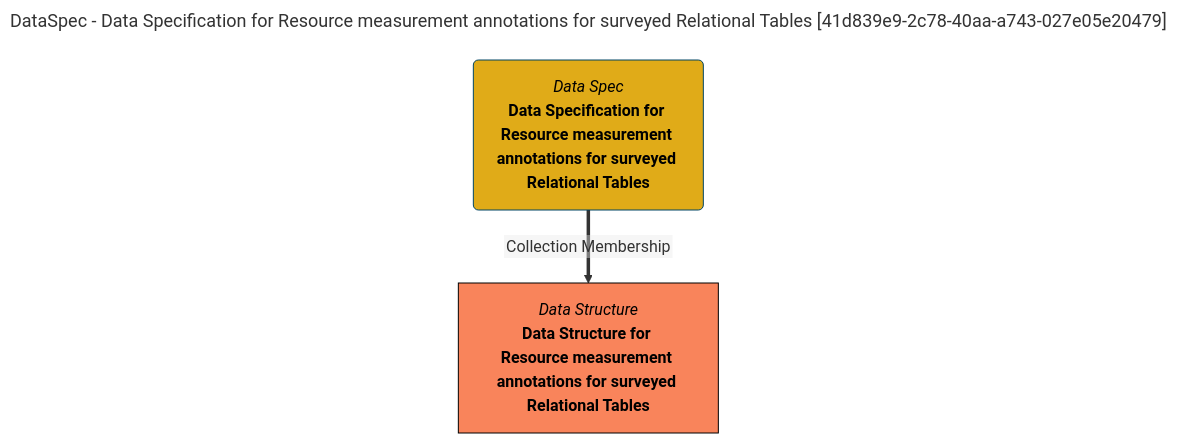
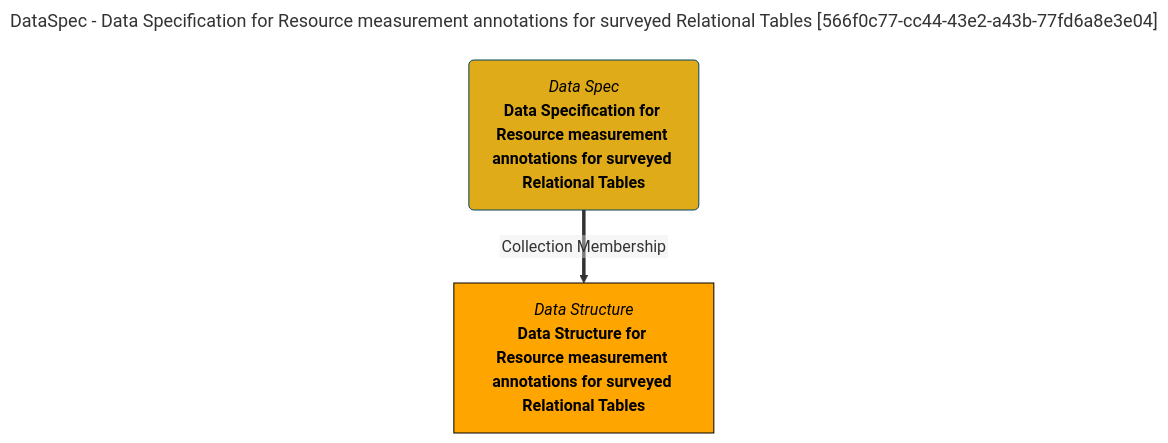
Before and after one commit to odpi/egeria-docs: the diagram in site/snippets/collections/data-specs/data-specification-for-resource-measurement-annotations-for-surveyed-relational-tables-mermaid-graph.md, drawn with Mermaid. The commit also changed 2201 other files, not shown here.

````diff
--- a/site/snippets/collections/data-specs/data-specification-for-resource-measurement-annotations-for-surveyed-relational-tables-mermaid-graph.md
+++ b/site/snippets/collections/data-specs/data-specification-for-resource-measurement-annotations-for-surveyed-relational-tables-mermaid-graph.md
@@ -1,15 +1,15 @@
 ```mermaid
 ---
-title: DataSpec - Data Specification for Resource measurement annotations for surveyed Relational Tables [41d839e9-2c78-40aa-a743-027e05e20479]
+title: DataSpec - Data Specification for Resource measurement annotations for surveyed Relational Tables [566f0c77-cc44-43e2-a43b-77fd6a8e3e04]
 ---
 flowchart TD
 %%{init: {"flowchart": {"htmlLabels": false}} }%%
 
 1@{ shape: rounded, label: "*Data Spec*
 **Data Specification for Resource measurement annotations for surveyed Relational Tables**"}
 2@{ shape: rect, label: "*Data Structure*
 **Data Structure for Resource measurement annotations for surveyed Relational Tables**"}
 1==>|"Collection Membership"|2
 style 1 color:#000000, fill:#e0ab18, stroke:#004563
-style 2 color:#000000, fill:#f9845b, stroke:#000000
+style 2 color:#000000, fill:#FFA500, stroke:#000000
 ```
````
